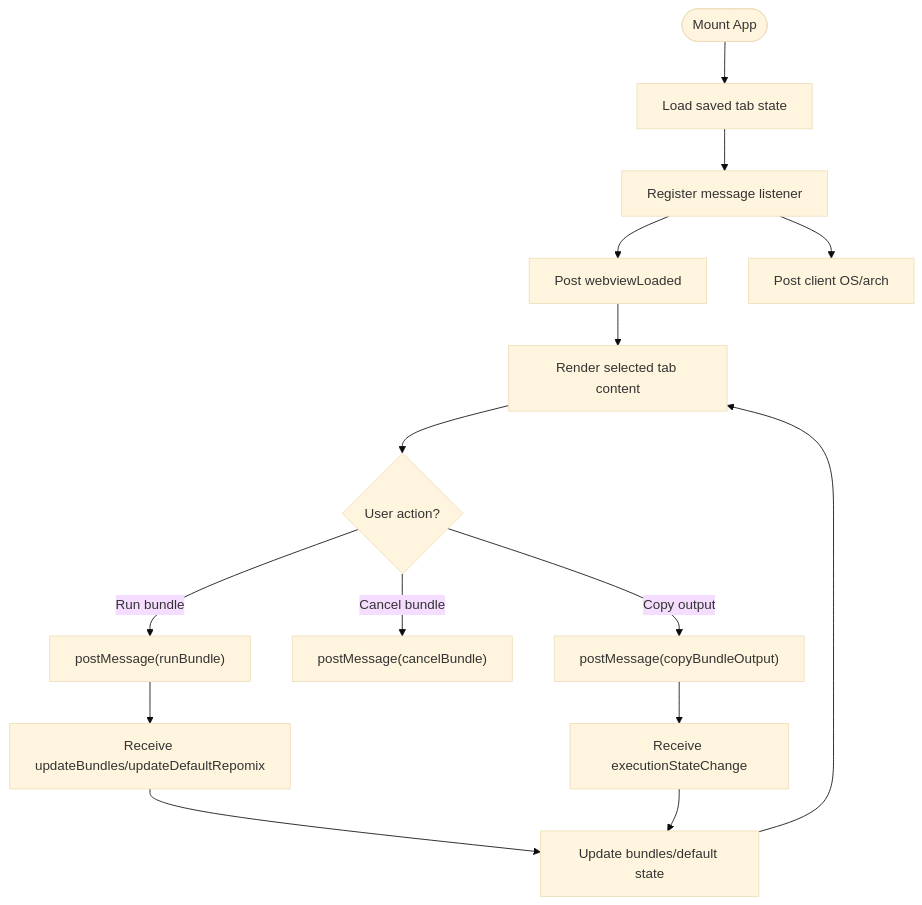
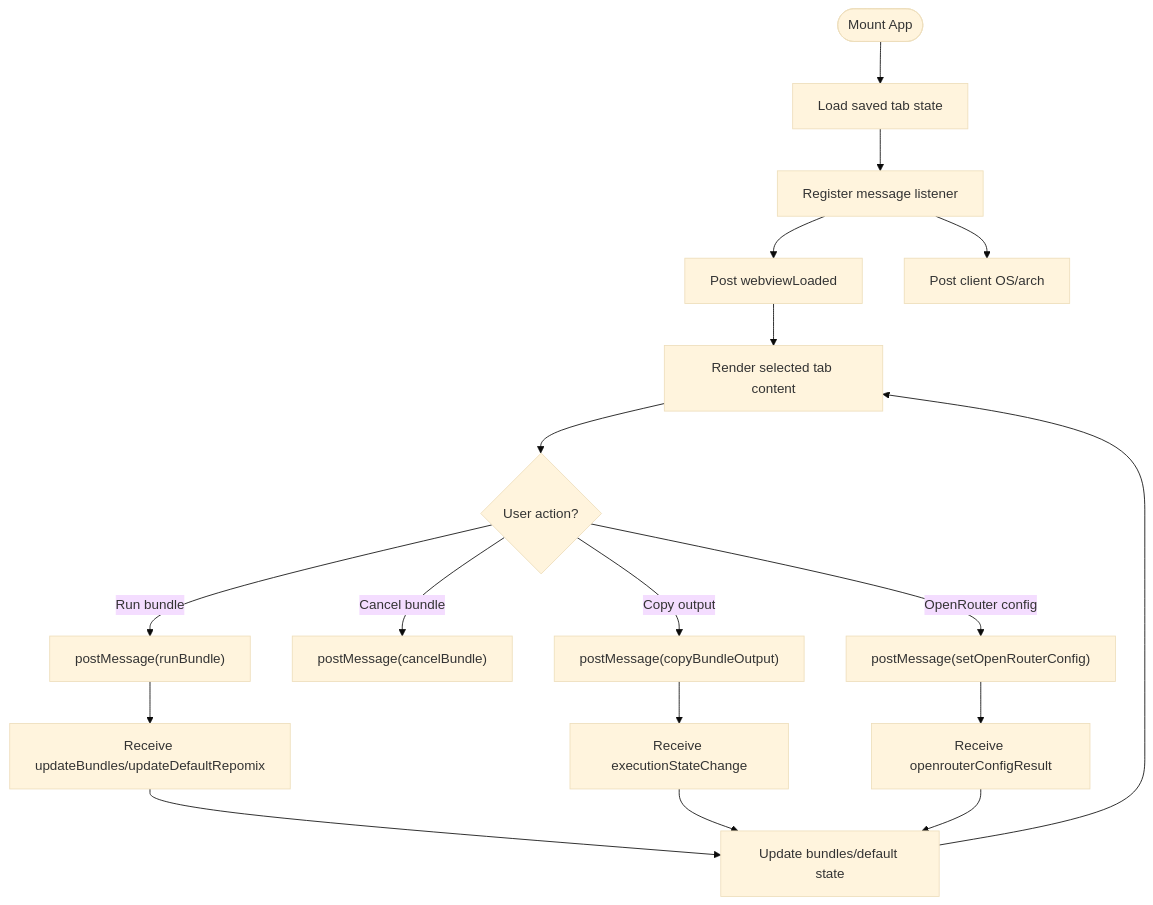
One commit to bramburn/repomix-runner changed the third of 19 diagrams in .qoder/repowiki/en/content/Webview Interface/Webview Interface.md. Above: the diagram before and after it, drawn with Mermaid (base theme). The commit also changed other lines of this file and 14 other files, not shown here.

````diff
--- a/.qoder/repowiki/en/content/Webview Interface/Webview Interface.md
+++ b/.qoder/repowiki/en/content/Webview Interface/Webview Interface.md
@@ -329,17 +350,20 @@
 ```mermaid
 flowchart TD
 Start(["Mount App"]) --> LoadState["Load saved tab state"]
 LoadState --> RegisterHandlers["Register message listener"]
 RegisterHandlers --> PostLoaded["Post webviewLoaded"]
 RegisterHandlers --> PostClientInfo["Post client OS/arch"]
 PostLoaded --> RenderTabs["Render selected tab content"]
 RenderTabs --> UserAction{"User action?"}
 UserAction --> |Run bundle| SendRun["postMessage(runBundle)"]
 UserAction --> |Cancel bundle| SendCancel["postMessage(cancelBundle)"]
 UserAction --> |Copy output| SendCopy["postMessage(copyBundleOutput)"]
+UserAction --> |OpenRouter config| SendOpenRouter["postMessage(setOpenRouterConfig)"]
 SendRun --> ReceiveUpdate["Receive updateBundles/updateDefaultRepomix"]
 SendCopy --> ReceiveState["Receive executionStateChange"]
+SendOpenRouter --> ReceiveOpenRouter["Receive openrouterConfigResult"]
 ReceiveUpdate --> UpdateState["Update bundles/default state"]
 ReceiveState --> UpdateState
+ReceiveOpenRouter --> UpdateState
 UpdateState --> RenderTabs
 ```
````
